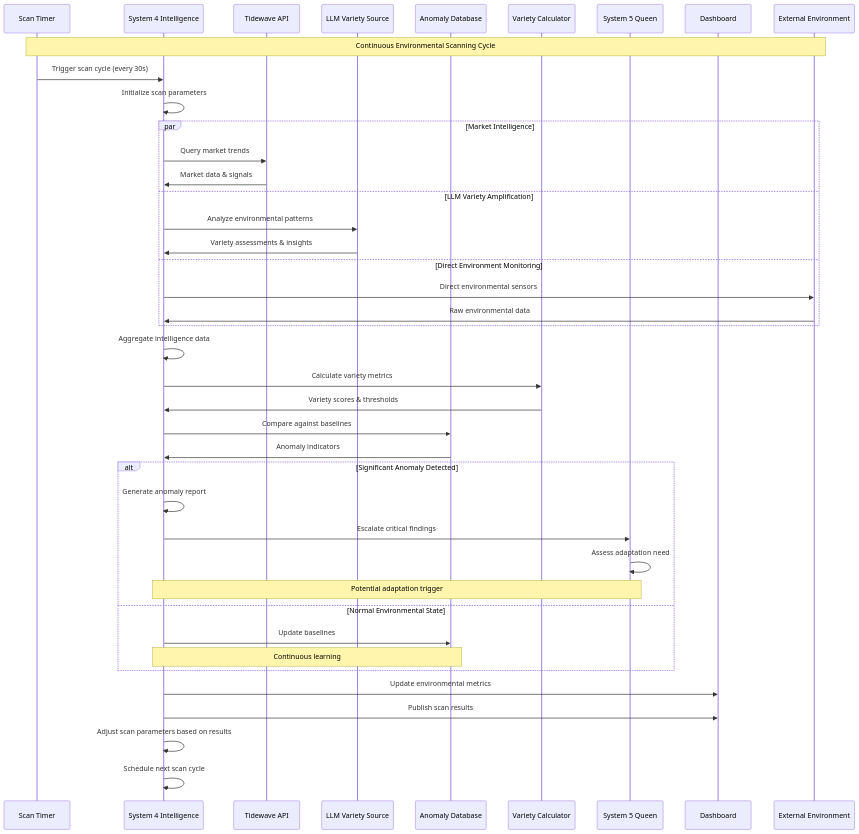
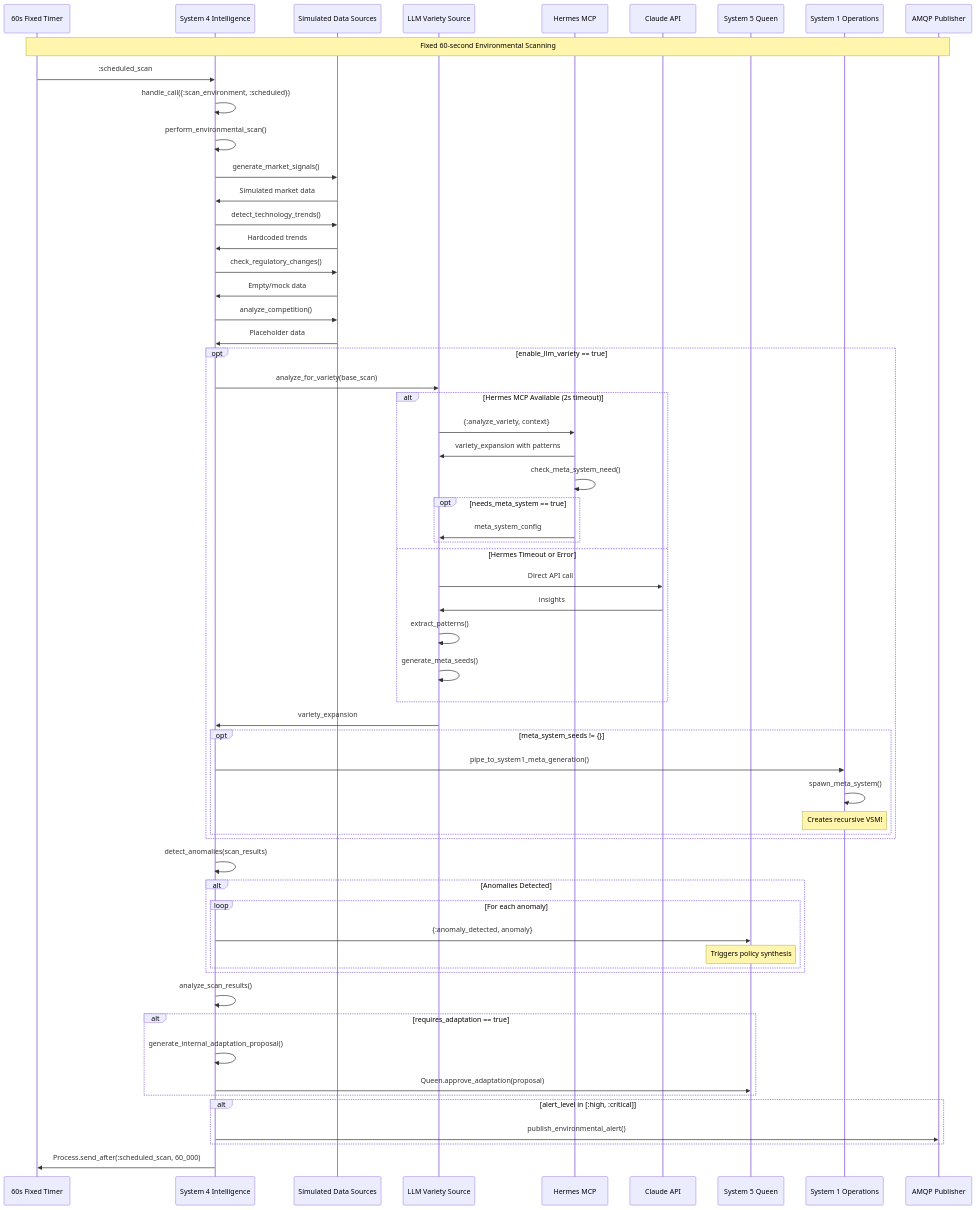
The first of 3 diagrams in docs/diagrams/10_environmental_scanning.md (jmanhype/vsm-phoenix-app), drawn with Mermaid before and after one commit. The commit also changed other lines of this file and 2 other files, not shown here.

First line of the commit message:
Update environmental scanning diagram to reflect actual implementation

````diff
--- a/docs/diagrams/10_environmental_scanning.md
+++ b/docs/diagrams/10_environmental_scanning.md
@@ -6,57 +6,83 @@
 ```mermaid
 sequenceDiagram
-    participant Timer as Scan Timer
+    participant Timer as 60s Fixed Timer
     participant S4 as System 4 Intelligence
-    participant Tidewave as Tidewave API
+    participant MockData as Simulated Data Sources
     participant LLM as LLM Variety Source
-    participant AnomalyDB as Anomaly Database
-    participant VarCalc as Variety Calculator
+    participant Hermes as Hermes MCP
+    participant Claude as Claude API
     participant S5 as System 5 Queen
-    participant Dashboard as Dashboard
-    participant ExtEnv as External Environment
+    participant S1 as System 1 Operations
+    participant AMQP as AMQP Publisher
 
-    Note over Timer,ExtEnv: Continuous Environmental Scanning Cycle
+    Note over Timer,AMQP: Fixed 60-second Environmental Scanning
 
     %% Scan Initiation
-    Timer->>S4: Trigger scan cycle (every 30s)
-    S4->>S4: Initialize scan parameters
+    Timer->>S4: :scheduled_scan
+    S4->>S4: handle_call({:scan_environment, :scheduled})
     
-    %% Multi-source Intelligence Gathering
-    par Market Intelligence
-        S4->>Tidewave: Query market trends
-        Tidewave->>S4: Market data & signals
-    and LLM Variety Amplification
-        S4->>LLM: Analyze environmental patterns
-        LLM->>S4: Variety assessments & insights
-    and Direct Environment Monitoring
-        S4->>ExtEnv: Direct environmental sensors
-        ExtEnv->>S4: Raw environmental data
+    %% Environmental Scan (Simulated Data)
+    S4->>S4: perform_environmental_scan()
+    S4->>MockData: generate_market_signals()
+    MockData->>S4: Simulated market data
+    S4->>MockData: detect_technology_trends()
+    MockData->>S4: Hardcoded trends
+    S4->>MockData: check_regulatory_changes()
+    MockData->>S4: Empty/mock data
+    S4->>MockData: analyze_competition()
+    MockData->>S4: Placeholder data
+    
+    %% Optional LLM Variety Analysis
+    opt enable_llm_variety == true
+        S4->>LLM: analyze_for_variety(base_scan)
+        
+        alt Hermes MCP Available (2s timeout)
+            LLM->>Hermes: {:analyze_variety, context}
+            Hermes->>LLM: variety_expansion with patterns
+            Hermes->>Hermes: check_meta_system_need()
+            
+            opt needs_meta_system == true
+                Hermes->>LLM: meta_system_config
+            end
+        else Hermes Timeout or Error
+            LLM->>Claude: Direct API call
+            Claude->>LLM: insights
+            LLM->>LLM: extract_patterns()
+            LLM->>LLM: generate_meta_seeds()
+        end
+        
+        LLM->>S4: variety_expansion
+        
+        opt meta_system_seeds != {}
+            S4->>S1: pipe_to_system1_meta_generation()
+            S1->>S1: spawn_meta_system()
+            Note over S1: Creates recursive VSM!
+        end
     end
-
-    %% Data Processing and Analysis
-    S4->>S4: Aggregate intelligence data
-    S4->>VarCalc: Calculate variety metrics
-    VarCalc->>S4: Variety scores & thresholds
     
     %% Anomaly Detection
-    S4->>AnomalyDB: Compare against baselines
-    AnomalyDB->>S4: Anomaly indicators
+    S4->>S4: detect_anomalies(scan_results)
     
-    alt Significant Anomaly Detected
-        S4->>S4: Generate anomaly report
-        S4->>S5: Escalate critical findings
-        S5->>S5: Assess adaptation need
-        Note over S4,S5: Potential adaptation trigger
-    else Normal Environmental State
-        S4->>AnomalyDB: Update baselines
-        Note over S4,AnomalyDB: Continuous learning
+    alt Anomalies Detected
+        loop For each anomaly
+            S4->>S5: {:anomaly_detected, anomaly}
+            Note over S5: Triggers policy synthesis
+        end
     end
-
-    %% Results Distribution
-    S4->>Dashboard: Update environmental metrics
-    S4->>Dashboard: Publish scan results
     
-    %% Feedback Loop
-    S4->>S4: Adjust scan parameters based on results
-    S4->>S4: Schedule next scan cycle
+    %% Adaptation Check
+    S4->>S4: analyze_scan_results()
+    
+    alt requires_adaptation == true
+        S4->>S4: generate_internal_adaptation_proposal()
+        S4->>S5: Queen.approve_adaptation(proposal)
+    end
+    
+    %% Alert Publishing
+    alt alert_level in [:high, :critical]
+        S4->>AMQP: publish_environmental_alert()
+    end
+    
+    %% Schedule Next Scan
+    S4->>Timer: Process.send_after(:scheduled_scan, 60_000)
 ```
````
